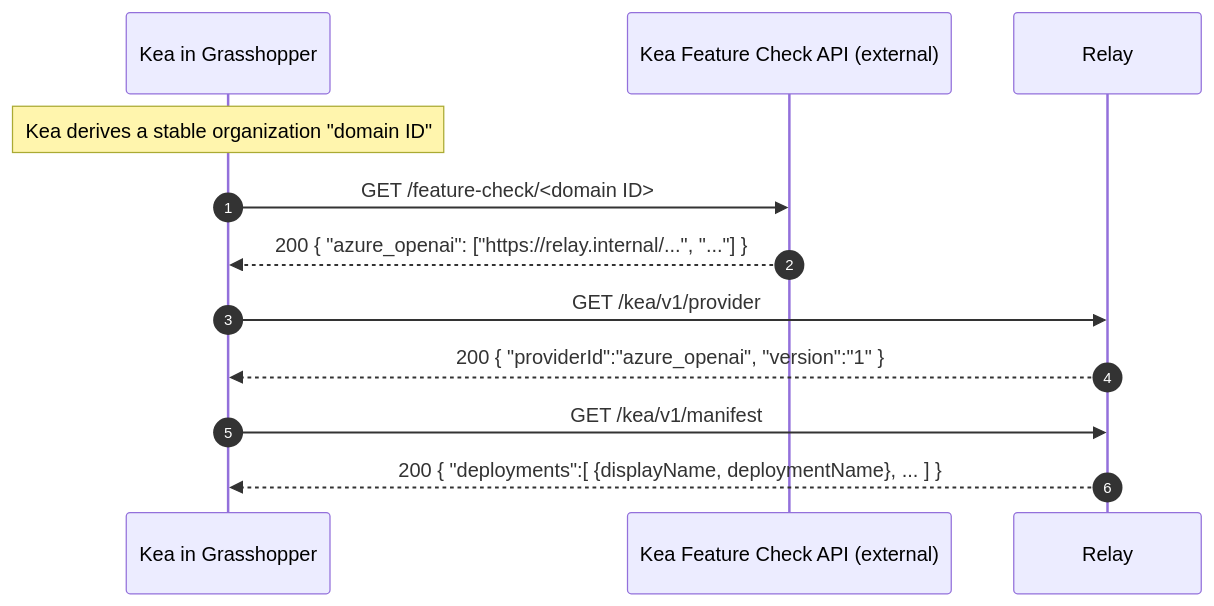
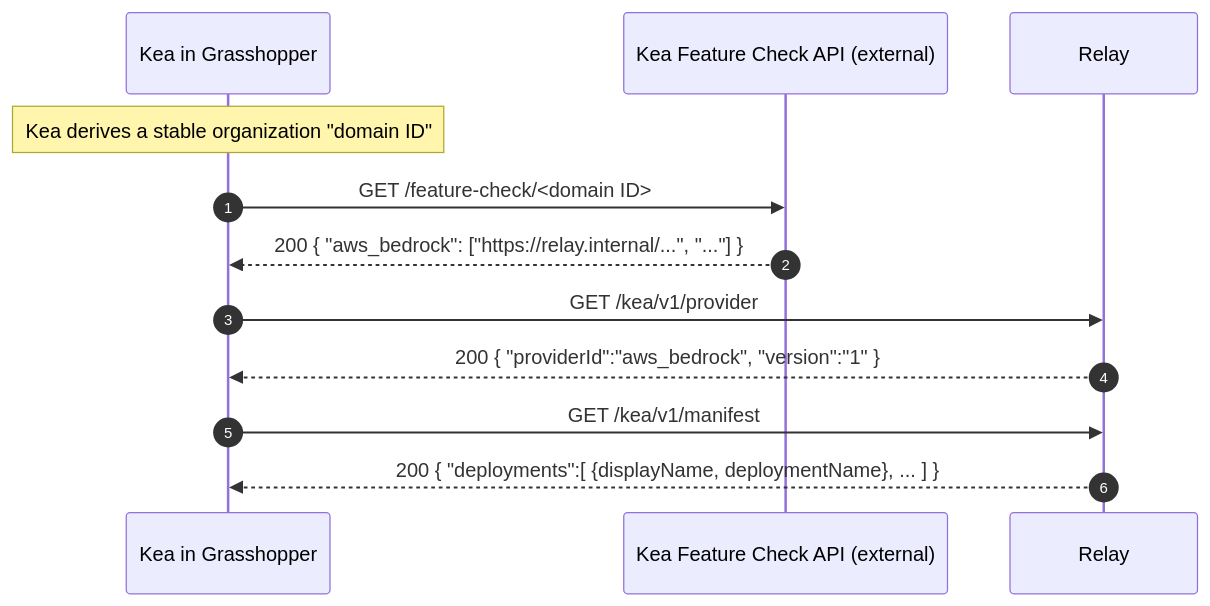
One commit to nicolaasburgers/exchange-relay changed the first of 2 diagrams in README.md. Above: the diagram before and after it, drawn with Mermaid. The commit also changed other lines of this file and 24 other files, not shown here.

````diff
--- a/README.md
+++ b/README.md
@@ -87,17 +89,17 @@
 ```mermaid
 sequenceDiagram
   autonumber
   participant GH as Kea in Grasshopper
   participant FC as Kea Feature Check API (external)
   participant RL as Relay
 
   Note over GH: Kea derives a stable organization "domain ID"
   GH->>FC: GET /feature-check/<domain ID>
-  FC-->>GH: 200 { "azure_openai": ["https://relay.internal/...", "..."] }
+  FC-->>GH: 200 { "aws_bedrock": ["https://relay.internal/...", "..."] }
 
   GH->>RL: GET /kea/v1/provider
-  RL-->>GH: 200 { "providerId":"azure_openai", "version":"1" }
+  RL-->>GH: 200 { "providerId":"aws_bedrock", "version":"1" }
 
   GH->>RL: GET /kea/v1/manifest
   RL-->>GH: 200 { "deployments":[ {displayName, deploymentName}, ... ] }
 ```
````
